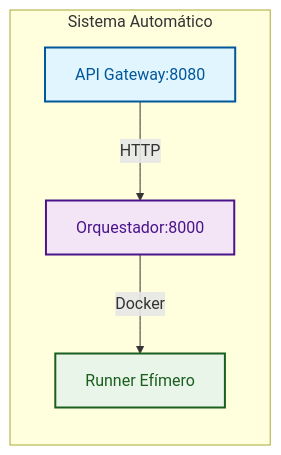
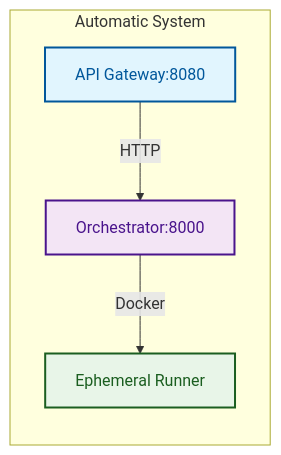
One commit to eliaspizarro/gha-ephemeral-runners changed the first of 3 diagrams in README.md. Above: the diagram before and after it, drawn with Mermaid. The commit also changed other lines of this file and 1 other file, not shown here.

````diff
--- a/README.md
+++ b/README.md
@@ -16,12 +16,12 @@
 ```mermaid
 graph LR
-    subgraph "Sistema Automático"
+    subgraph "Automatic System"
         AG[API Gateway:8080]
-        AG --> |HTTP| ORQ[Orquestador:8000]
-        ORQ --> |Docker| RUN[Runner Efímero]
+        AG --> |HTTP| ORQ[Orchestrator:8000]
+        ORQ --> |Docker| RUN[Ephemeral Runner]
     end
 
     style AG fill:#e1f5fe,stroke:#01579b,stroke-width:2px,color:#01579b
     style ORQ fill:#f3e5f5,stroke:#4a148c,stroke-width:2px,color:#4a148c
     style RUN fill:#e8f5e8,stroke:#1b5e20,stroke-width:2px,color:#1b5e20
 ```
````
